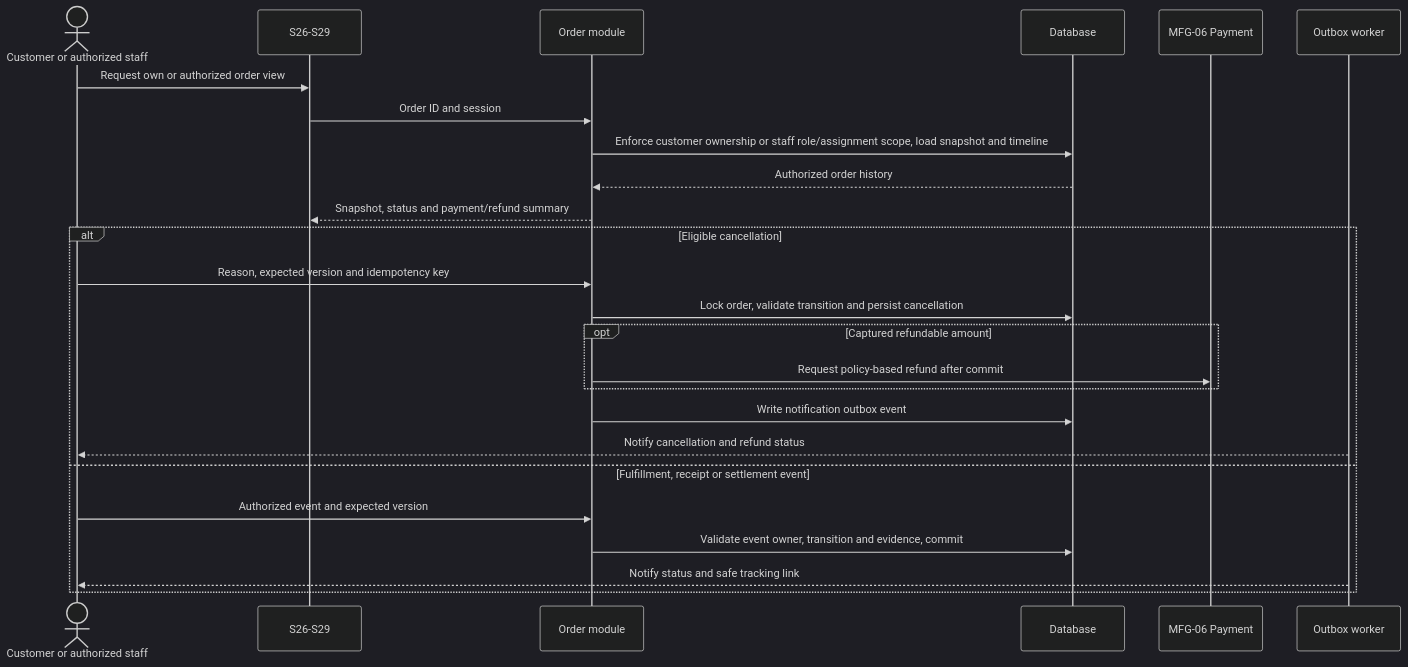
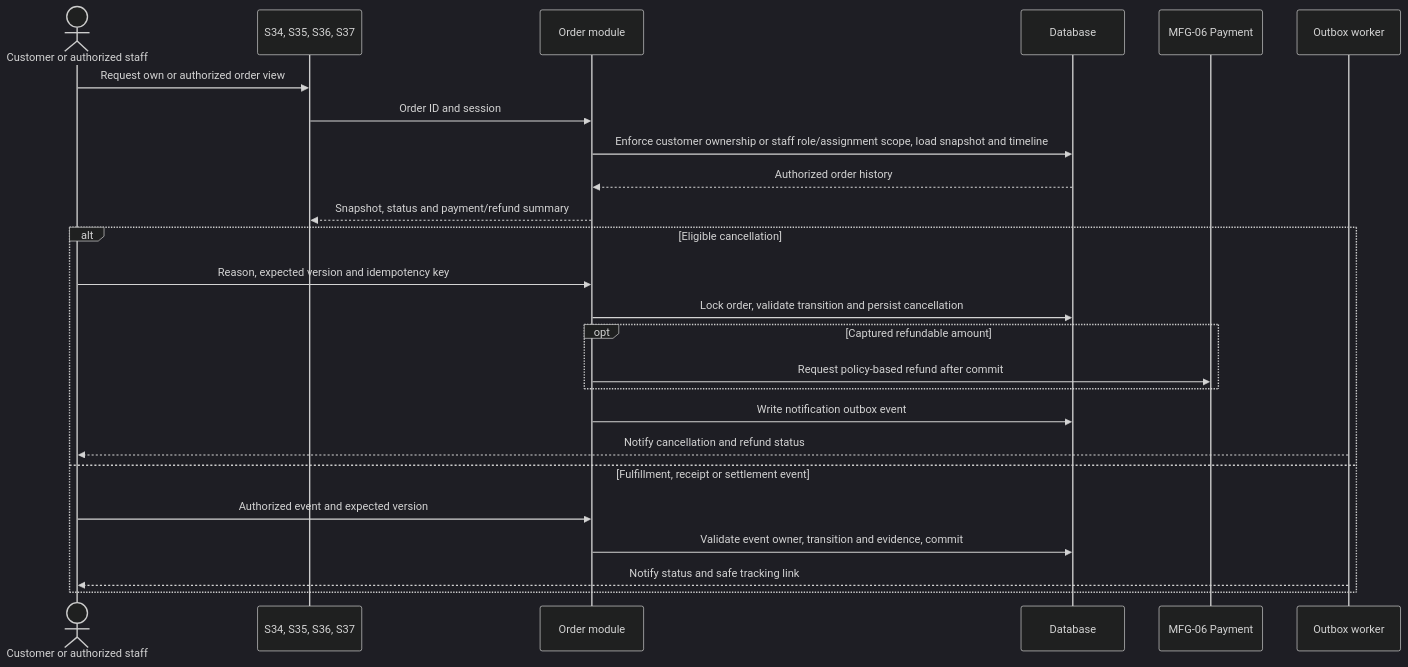
One commit to ankhanhwork/weavelink-project changed the second of 2 diagrams in docs/spec/specs/spec-MFG-07.md. Above: the diagram before and after it, drawn with Mermaid (dark theme). The commit also changed other lines of this file and 235 other files, not shown here.

````diff
--- a/docs/spec/specs/spec-MFG-07.md
+++ b/docs/spec/specs/spec-MFG-07.md
@@ -99,27 +100,27 @@
 ```mermaid
 sequenceDiagram
     actor OrderActor as Customer or authorized staff
-    participant OrderUI as S26-S29
+    participant OrderUI as S34, S35, S36, S37
     participant OrderModule as Order module
     participant Database as Database
     participant PaymentModule as MFG-06 Payment
     participant OutboxWorker as Outbox worker
     OrderActor->>OrderUI: Request own or authorized order view
     OrderUI->>OrderModule: Order ID and session
     OrderModule->>Database: Enforce customer ownership or staff role/assignment scope, load snapshot and timeline
     Database-->>OrderModule: Authorized order history
     OrderModule-->>OrderUI: Snapshot, status and payment/refund summary
     alt Eligible cancellation
         OrderActor->>OrderModule: Reason, expected version and idempotency key
         OrderModule->>Database: Lock order, validate transition and persist cancellation
         opt Captured refundable amount
             OrderModule->>PaymentModule: Request policy-based refund after commit
         end
         OrderModule->>Database: Write notification outbox event
         OutboxWorker-->>OrderActor: Notify cancellation and refund status
     else Fulfillment, receipt or settlement event
         OrderActor->>OrderModule: Authorized event and expected version
         OrderModule->>Database: Validate event owner, transition and evidence, commit
         OutboxWorker-->>OrderActor: Notify status and safe tracking link
     end
 ```
````
